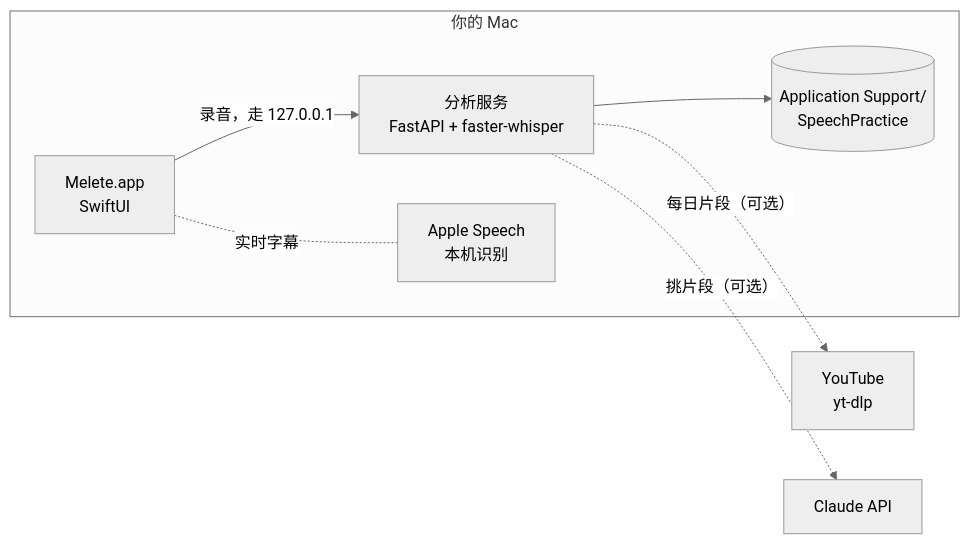
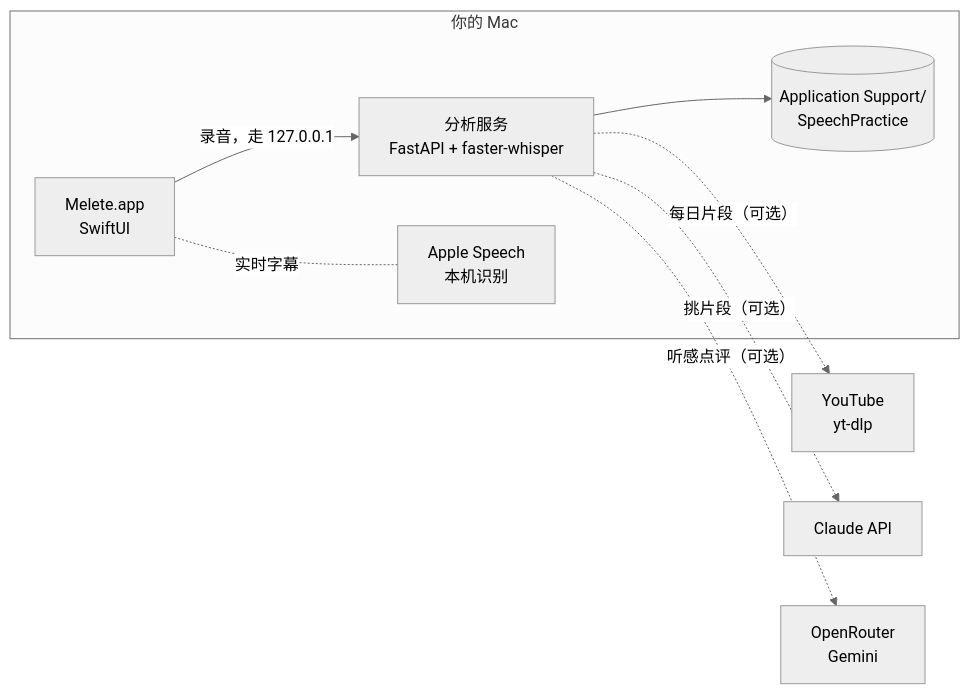
The diagram in README.zh-CN.md (oliverxuzy-ai/Melete), drawn with Mermaid (neutral theme) before and after one commit. The commit also changed other lines of this file and 14 other files, not shown here.

````diff
--- a/README.zh-CN.md
+++ b/README.zh-CN.md
@@ -121,14 +127,15 @@
 ```mermaid
 flowchart LR
   subgraph mac["你的 Mac"]
     app["Melete.app<br/>SwiftUI"]
     server["分析服务<br/>FastAPI + faster-whisper"]
     data[("Application Support/<br/>SpeechPractice")]
     speech["Apple Speech<br/>本机识别"]
     app -- "录音，走 127.0.0.1" --> server
     server --> data
     app -. "实时字幕" .- speech
   end
   server -. "每日片段（可选）" .-> yt["YouTube<br/>yt-dlp"]
   server -. "挑片段（可选）" .-> claude["Claude API"]
+  server -. "听感点评（可选）" .-> gemini["OpenRouter<br/>Gemini"]
 ```
````
